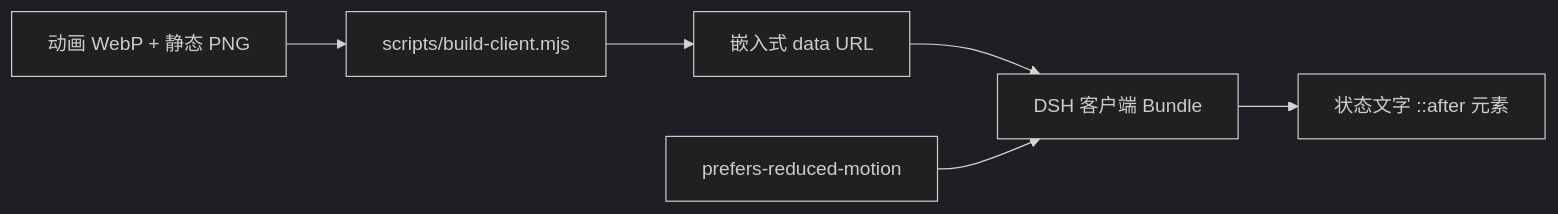
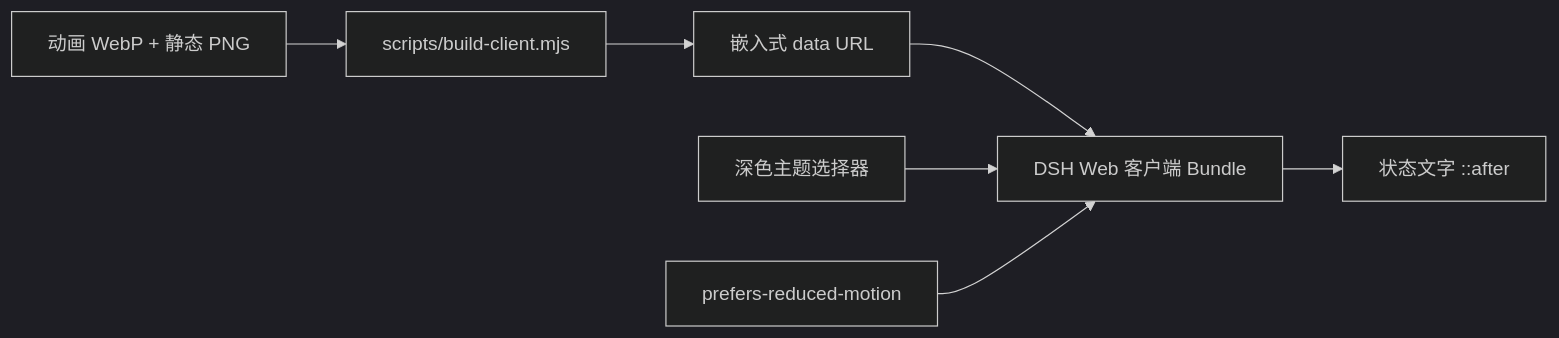
Before and after one commit to LeemanCheung/dsh-whale-animation: the diagram in README.zh-CN.md, drawn with Mermaid (dark theme). The commit also changed other lines of this file and 1 other file, not shown here.

````diff
--- a/README.zh-CN.md
+++ b/README.zh-CN.md
@@ -100,8 +102,9 @@
 ```mermaid
 flowchart LR
   A[动画 WebP + 静态 PNG] --> B[scripts/build-client.mjs]
   B --> C[嵌入式 data URL]
-  C --> D[DSH 客户端 Bundle]
-  D --> E[状态文字 ::after 元素]
-  F[prefers-reduced-motion] --> D
+  C --> D[DSH Web 客户端 Bundle]
+  D --> E[状态文字 ::after]
+  F[深色主题选择器] --> D
+  G[prefers-reduced-motion] --> D
 ```
````
